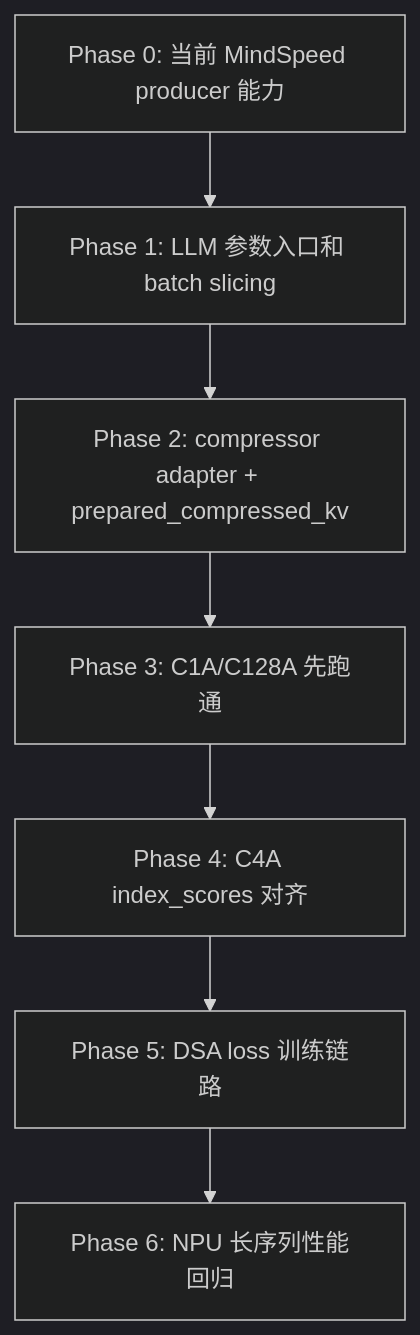
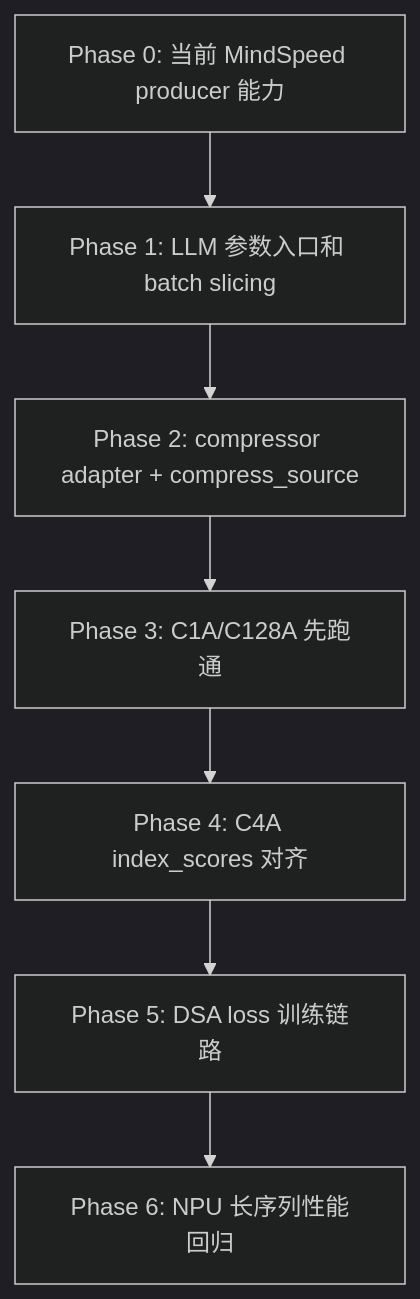
The ninth of 9 diagrams in features/context_parallel/chapter-03-mindspeed-deepseek-v4-context-parallel.md (ChemLez/Megatron-Note), drawn with Mermaid (dark theme) before and after one commit. The commit also changed other lines of this file and 1 other file, not shown here.

Commit message:
docs: update deepseek v4 cp compress source contract

````diff
--- a/features/context_parallel/chapter-03-mindspeed-deepseek-v4-context-parallel.md
+++ b/features/context_parallel/chapter-03-mindspeed-deepseek-v4-context-parallel.md
@@ -2051,9 +2045,9 @@
 ```mermaid
 flowchart TD
     A["Phase 0: 当前 MindSpeed producer 能力"] --> B["Phase 1: LLM 参数入口和 batch slicing"]
-    B --> C["Phase 2: compressor adapter + prepared_compressed_kv"]
+    B --> C["Phase 2: compressor adapter + compress_source"]
     C --> D["Phase 3: C1A/C128A 先跑通"]
     D --> E["Phase 4: C4A index_scores 对齐"]
     E --> F["Phase 5: DSA loss 训练链路"]
     F --> G["Phase 6: NPU 长序列性能回归"]
 ```
````
